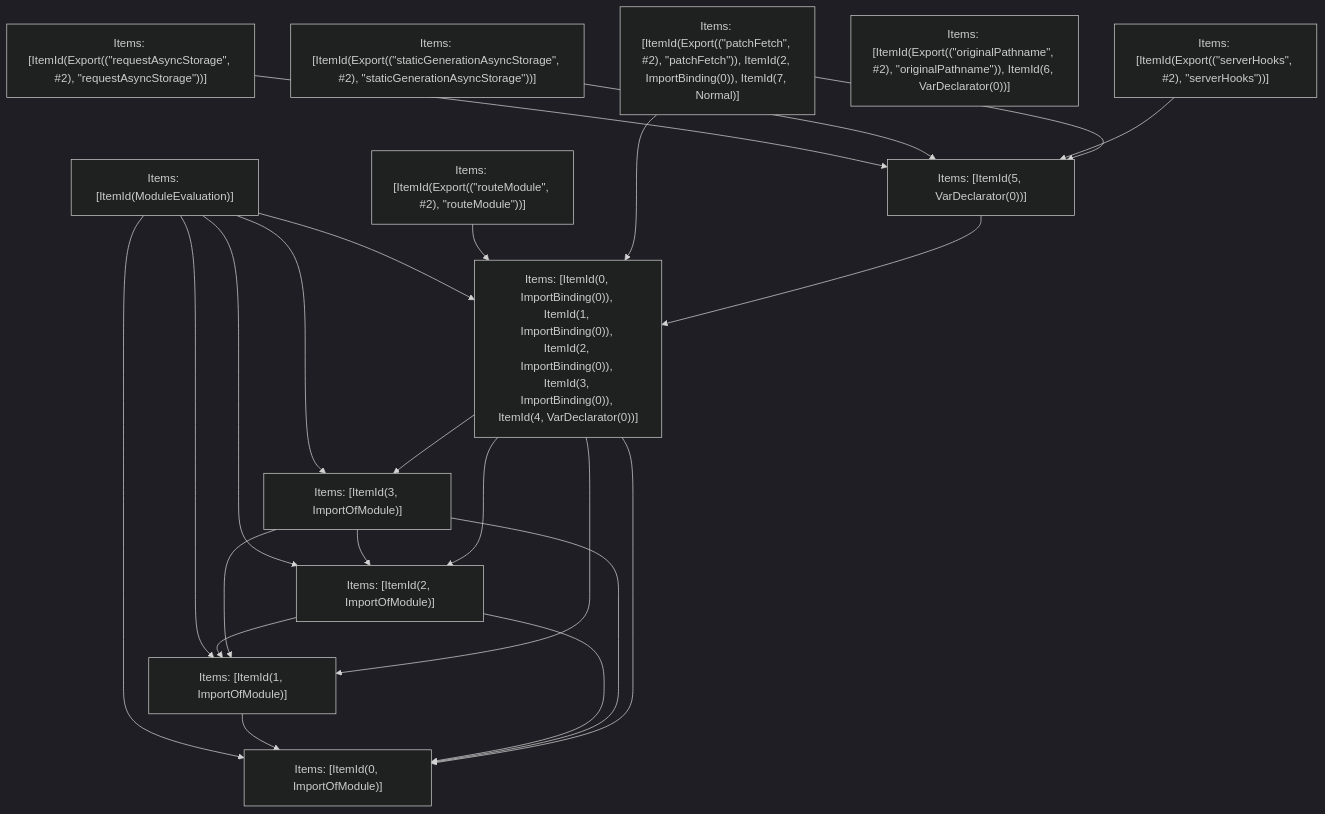
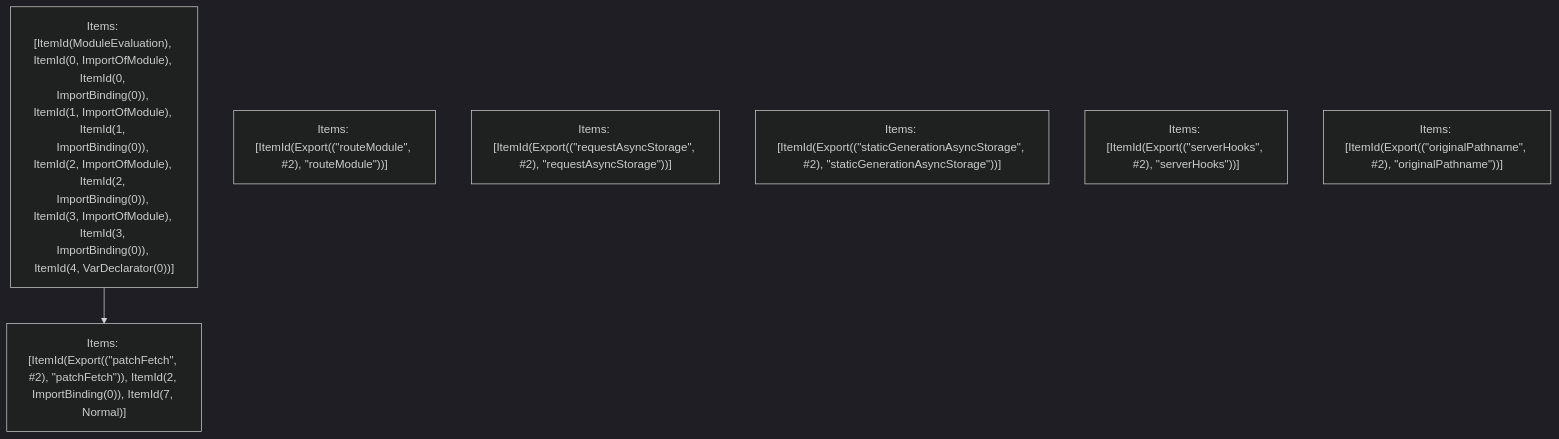
The fifth of 5 diagrams in crates/turbopack-ecmascript/tests/tree-shaker/analyzer/app-route/output.md (vercel/turborepo), drawn with Mermaid (dark theme) before and after one commit. The commit also changed other lines of this file and 20 other files, not shown here.

````diff
--- a/crates/turbopack-ecmascript/tests/tree-shaker/analyzer/app-route/output.md
+++ b/crates/turbopack-ecmascript/tests/tree-shaker/analyzer/app-route/output.md
@@ -342,38 +335,11 @@
 ```mermaid
 graph TD
-    N0["Items: [ItemId(ModuleEvaluation)]"];
+    N0["Items: [ItemId(ModuleEvaluation), ItemId(0, ImportOfModule), ItemId(0, ImportBinding(0)), ItemId(1, ImportOfModule), ItemId(1, ImportBinding(0)), ItemId(2, ImportOfModule), ItemId(2, ImportBinding(0)), ItemId(3, ImportOfModule), ItemId(3, ImportBinding(0)), ItemId(4, VarDeclarator(0))]"];
     N1["Items: [ItemId(Export((&quot;routeModule&quot;, #2), &quot;routeModule&quot;))]"];
     N2["Items: [ItemId(Export((&quot;requestAsyncStorage&quot;, #2), &quot;requestAsyncStorage&quot;))]"];
     N3["Items: [ItemId(Export((&quot;staticGenerationAsyncStorage&quot;, #2), &quot;staticGenerationAsyncStorage&quot;))]"];
     N4["Items: [ItemId(Export((&quot;serverHooks&quot;, #2), &quot;serverHooks&quot;))]"];
-    N5["Items: [ItemId(Export((&quot;originalPathname&quot;, #2), &quot;originalPathname&quot;)), ItemId(6, VarDeclarator(0))]"];
+    N5["Items: [ItemId(Export((&quot;originalPathname&quot;, #2), &quot;originalPathname&quot;))]"];
     N6["Items: [ItemId(Export((&quot;patchFetch&quot;, #2), &quot;patchFetch&quot;)), ItemId(2, ImportBinding(0)), ItemId(7, Normal)]"];
-    N7["Items: [ItemId(0, ImportOfModule)]"];
-    N8["Items: [ItemId(1, ImportOfModule)]"];
-    N9["Items: [ItemId(2, ImportOfModule)]"];
-    N10["Items: [ItemId(3, ImportOfModule)]"];
-    N11["Items: [ItemId(0, ImportBinding(0)), ItemId(1, ImportBinding(0)), ItemId(2, ImportBinding(0)), ItemId(3, ImportBinding(0)), ItemId(4, VarDeclarator(0))]"];
-    N12["Items: [ItemId(5, VarDeclarator(0))]"];
-    N0 --> N7;
-    N0 --> N8;
-    N0 --> N9;
-    N0 --> N10;
-    N0 --> N11;
-    N1 --> N11;
-    N2 --> N12;
-    N3 --> N12;
-    N4 --> N12;
-    N6 --> N11;
-    N6 --> N12;
-    N8 --> N7;
-    N9 --> N7;
-    N9 --> N8;
-    N10 --> N7;
-    N10 --> N8;
-    N10 --> N9;
-    N11 --> N7;
-    N11 --> N8;
-    N11 --> N9;
-    N11 --> N10;
-    N12 --> N11;
+    N0 --> N6;
 ```
````
